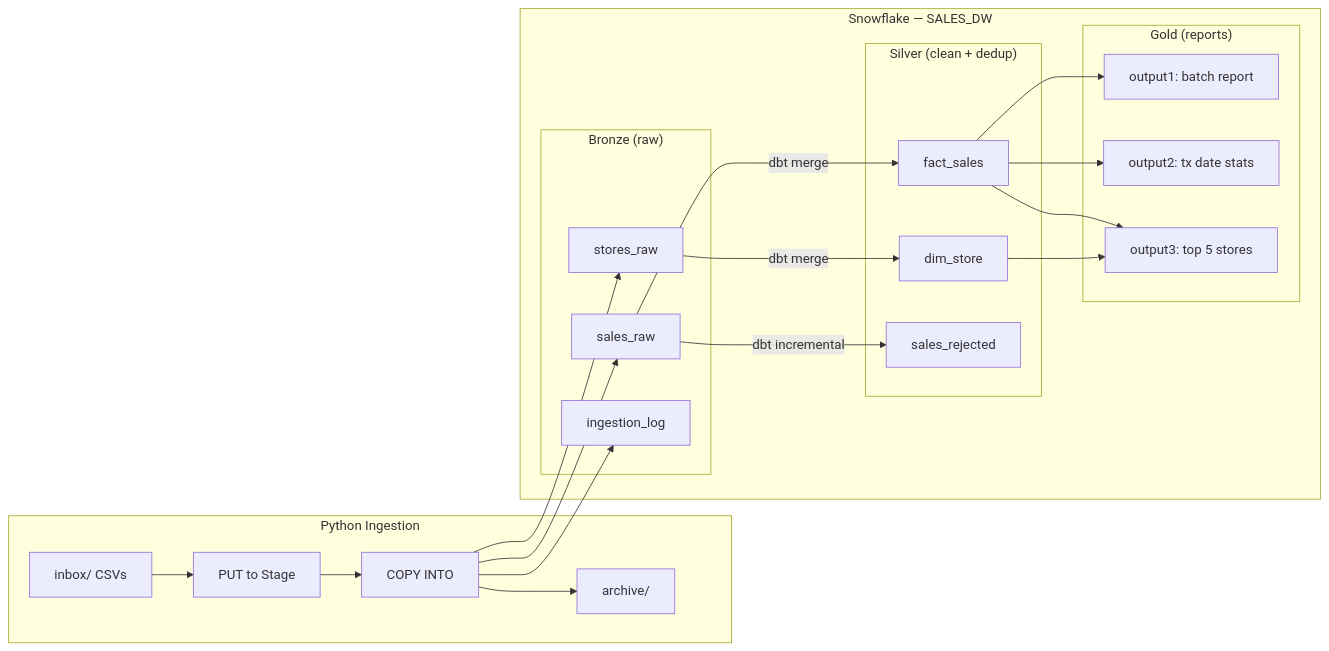
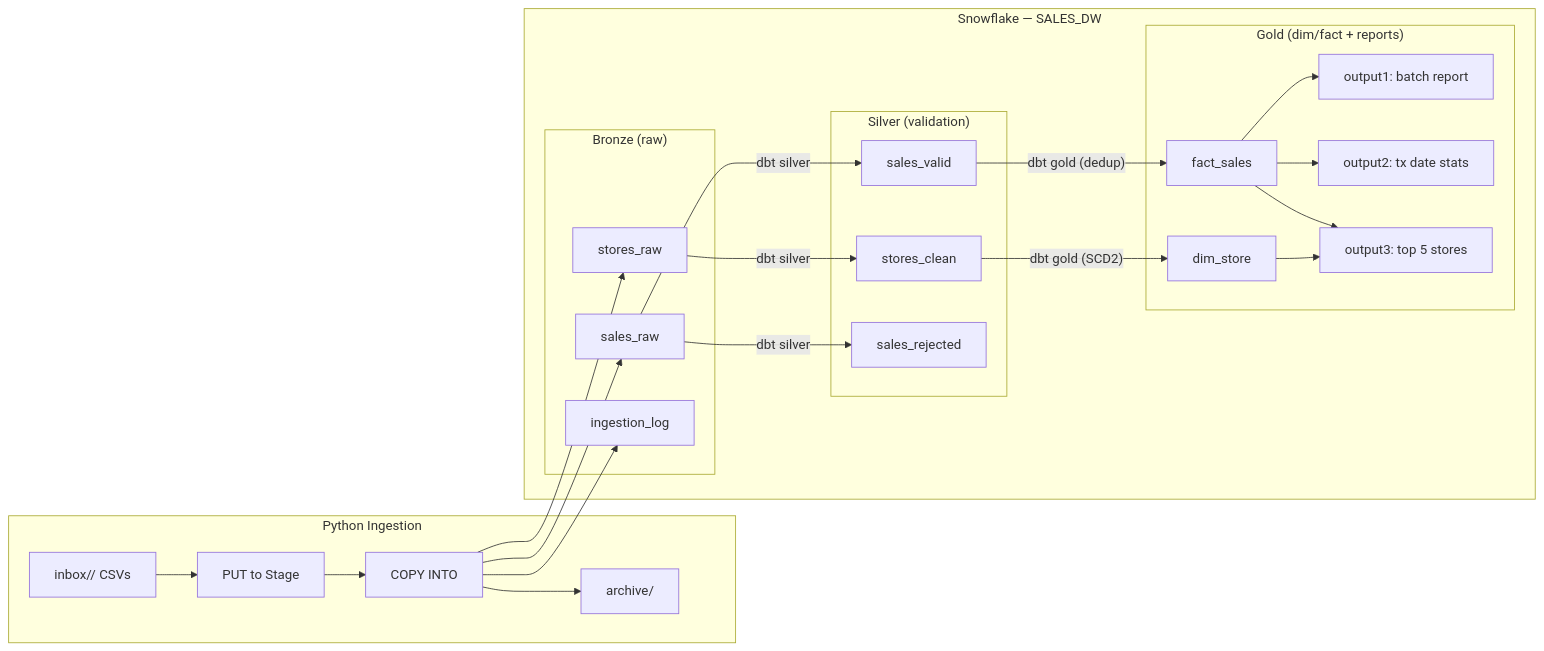
Before and after one commit to henrique-frank/store-sales-pipeline: the first of 2 diagrams in docs/design.md, drawn with Mermaid. The commit also changed other lines of this file and 17 other files, not shown here.

First line of the commit message:
refactor: align pipeline layers and add reports schema

````diff
--- a/docs/design.md
+++ b/docs/design.md
@@ -7,37 +7,41 @@
 ```mermaid
 flowchart LR
   subgraph ingestion ["Python Ingestion"]
-    inbox["inbox/ CSVs"] --> stage["PUT to Stage"]
+    inbox["inbox/<ingestion_date>/ CSVs"] --> stage["PUT to Stage"]
     stage --> copy["COPY INTO"]
     copy --> archive["archive/"]
   end
 
   subgraph snowflake ["Snowflake — SALES_DW"]
     subgraph bronze ["Bronze (raw)"]
       storesRaw[stores_raw]
       salesRaw[sales_raw]
       logTable[ingestion_log]
     end
-    subgraph silver ["Silver (clean + dedup)"]
+    subgraph silver ["Silver (validation)"]
+      storesClean[stores_clean]
+      salesValid[sales_valid]
+      salesRejected[sales_rejected]
+    end
+    subgraph gold ["Gold (dim/fact + reports)"]
       dimStore[dim_store]
       factSales[fact_sales]
-      rejected[sales_rejected]
-    end
-    subgraph gold ["Gold (reports)"]
       out1["output1: batch report"]
       out2["output2: tx date stats"]
       out3["output3: top 5 stores"]
     end
   end
 
   copy --> storesRaw
   copy --> salesRaw
   copy --> logTable
-  storesRaw -->|"dbt merge"| dimStore
-  salesRaw -->|"dbt merge"| factSales
-  salesRaw -->|"dbt incremental"| rejected
+  storesRaw -->|"dbt silver"| storesClean
+  salesRaw -->|"dbt silver"| salesValid
+  salesRaw -->|"dbt silver"| salesRejected
+  storesClean -->|"dbt gold (SCD2)"| dimStore
+  salesValid -->|"dbt gold (dedup)"| factSales
   factSales --> out1
   factSales --> out2
   factSales --> out3
   dimStore --> out3
 ```
````
